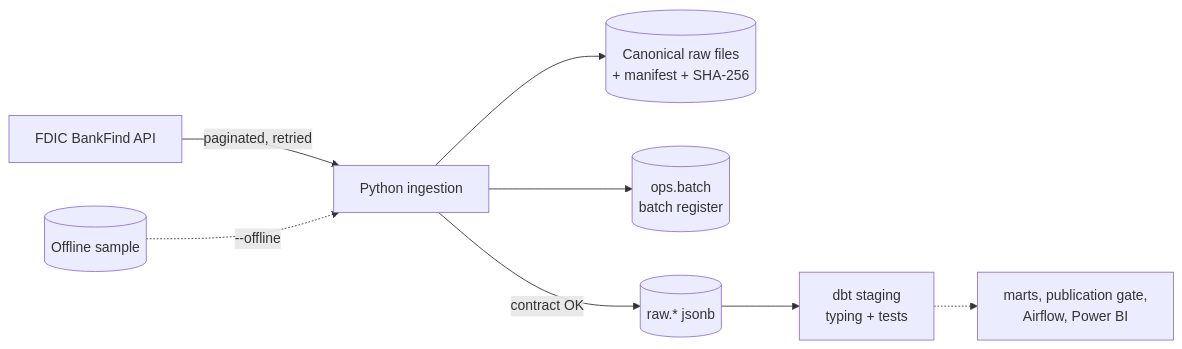
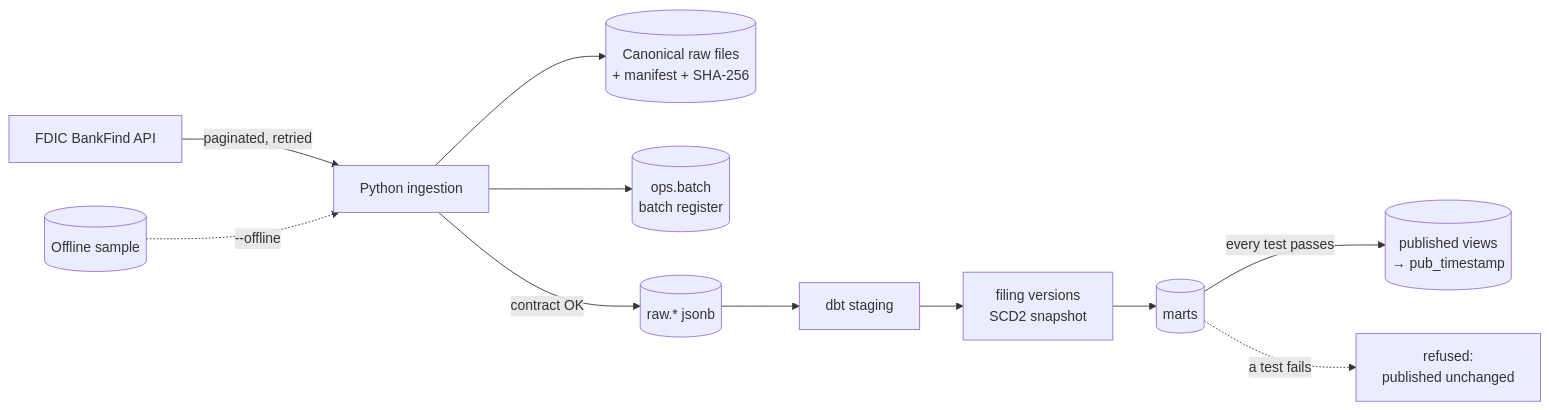
One commit to ouchchenomar/fdic-bank-data-warehouse changed the diagram in README.md. Above: the diagram before and after it, drawn with Mermaid. The commit also changed other lines of this file and 53 other files, not shown here.

First line of the commit message:
Week 2: filing versions, SCD2 dimension, quarterly flows, marts and gated publication

````diff
--- a/README.md
+++ b/README.md
@@ -21,10 +21,13 @@
 ```mermaid
 flowchart LR
     API[FDIC BankFind API] -->|paginated, retried| PY[Python ingestion]
     SAMPLE[(Offline sample)] -.->|--offline| PY
     PY --> FILES[(Canonical raw files<br/>+ manifest + SHA-256)]
     PY --> REG[(ops.batch<br/>batch register)]
     PY -->|contract OK| RAW[(raw.* jsonb)]
-    RAW --> DBT[dbt staging<br/>typing + tests]
-    DBT -.-> NEXT[marts, publication gate,<br/>Airflow, Power BI]
+    RAW --> STG[dbt staging]
+    STG --> INT[filing versions<br/>SCD2 snapshot]
+    INT --> MARTS[(marts)]
+    MARTS -->|every test passes| PUB[(published views<br/>→ pub_timestamp)]
+    MARTS -.->|a test fails| REF[refused:<br/>published unchanged]
 ```
````
